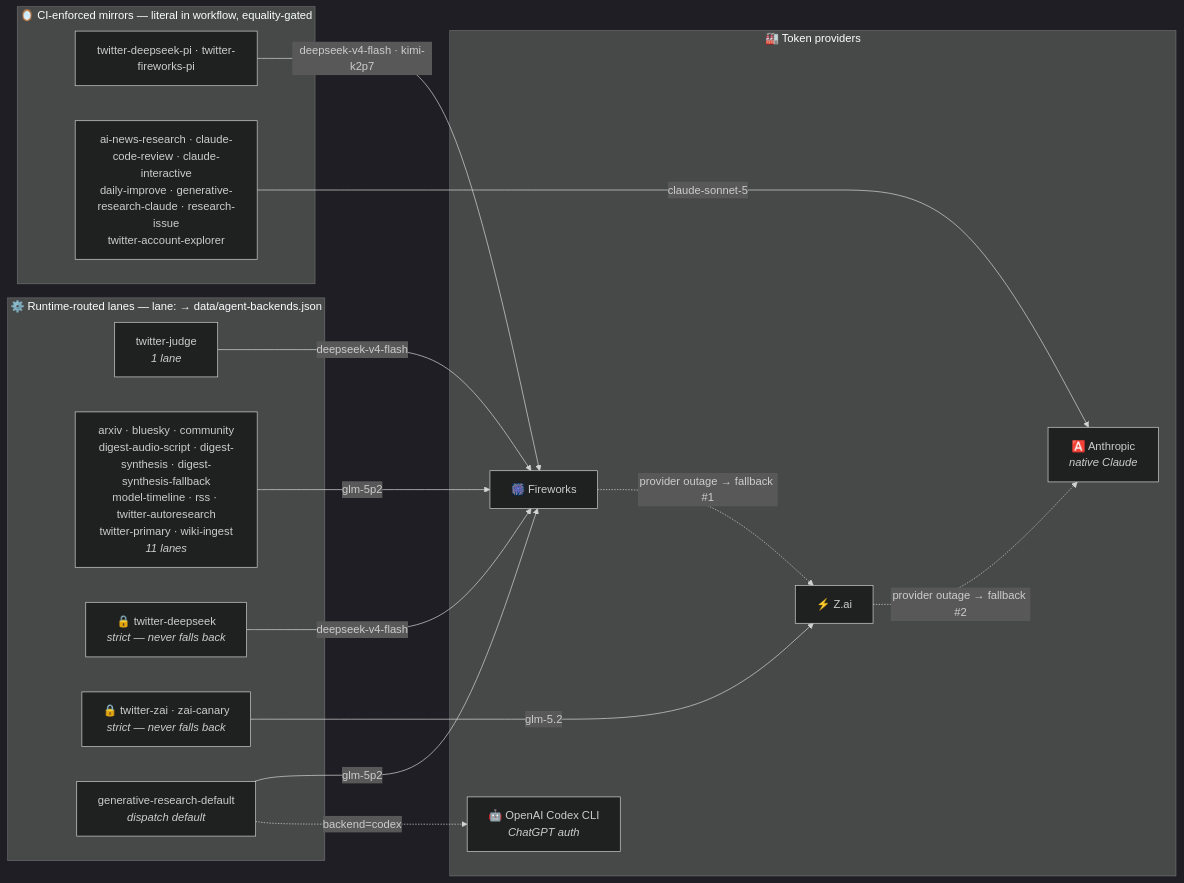
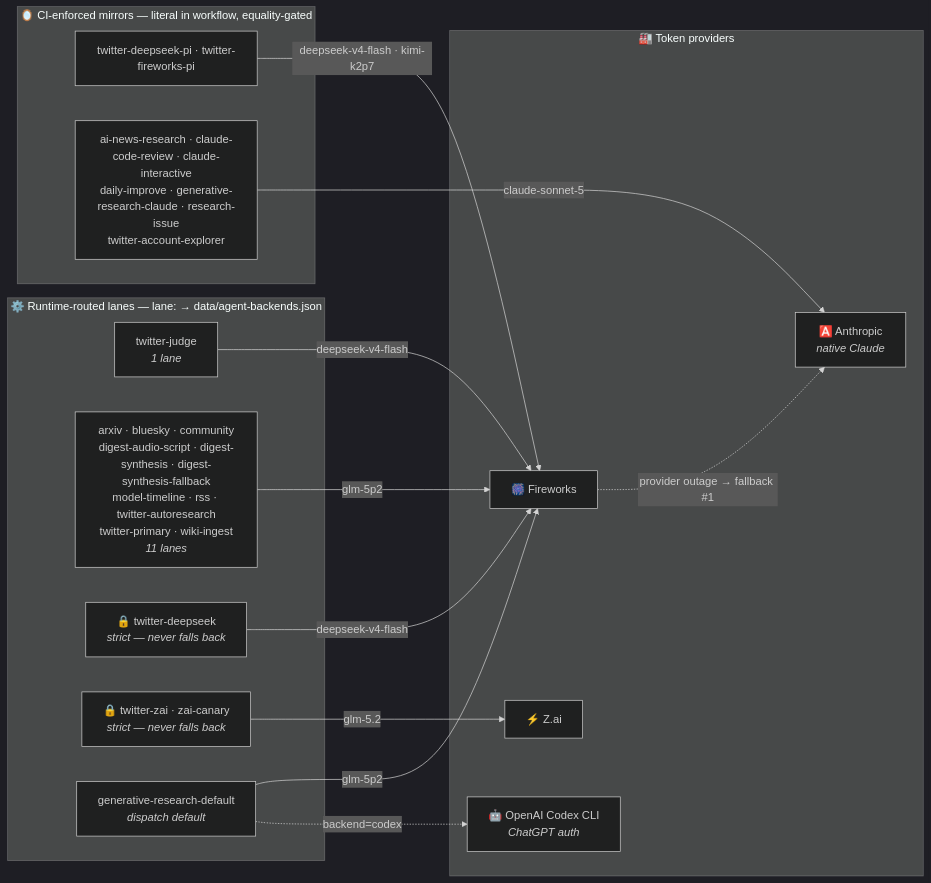
Before and after one commit to guzus/ai-research-arm: the second of 3 diagrams in README.md, drawn with Mermaid (dark theme). The commit also changed other lines of this file and 2 other files, not shown here.

Commit message:
Route agent fallback to native Claude

````diff
--- a/README.md
+++ b/README.md
@@ -147,30 +147,29 @@
 ```mermaid
 flowchart LR
     subgraph runtime["⚙️ Runtime-routed lanes — lane: → data/agent-backends.json"]
         lanes0["twitter-judge<br/><i>1 lane</i>"]
         lanes1["arxiv · bluesky · community<br/>digest-audio-script · digest-synthesis · digest-synthesis-fallback<br/>model-timeline · rss · twitter-autoresearch<br/>twitter-primary · wiki-ingest<br/><i>11 lanes</i>"]
         strict0["🔒 twitter-deepseek<br/><i>strict — never falls back</i>"]
         strict1["🔒 twitter-zai · zai-canary<br/><i>strict — never falls back</i>"]
         gendef["generative-research-default<br/><i>dispatch default</i>"]
     end
     subgraph mirrors["🪞 CI-enforced mirrors — literal in workflow, equality-gated"]
         pi["twitter-deepseek-pi · twitter-fireworks-pi"]
         native["ai-news-research · claude-code-review · claude-interactive<br/>daily-improve · generative-research-claude · research-issue<br/>twitter-account-explorer"]
     end
     subgraph providers["🏭 Token providers"]
         FW["🎆 Fireworks"]
         ZAI["⚡ Z.ai"]
         ANT["🅰️ Anthropic<br/><i>native Claude</i>"]
         OAI["🤖 OpenAI Codex CLI<br/><i>ChatGPT auth</i>"]
     end
     lanes0 -->|"deepseek-v4-flash"| FW
     lanes1 -->|"glm-5p2"| FW
     strict0 -->|"deepseek-v4-flash"| FW
     strict1 -->|"glm-5.2"| ZAI
     gendef -->|"glm-5p2"| FW
     pi -->|"deepseek-v4-flash · kimi-k2p7"| FW
     native -->|"claude-sonnet-5"| ANT
     gendef -.->|"backend=codex"| OAI
-    FW -. "provider outage → fallback #1" .-> ZAI
-    ZAI -. "provider outage → fallback #2" .-> ANT
+    FW -. "provider outage → fallback #1" .-> ANT
 ```
````
